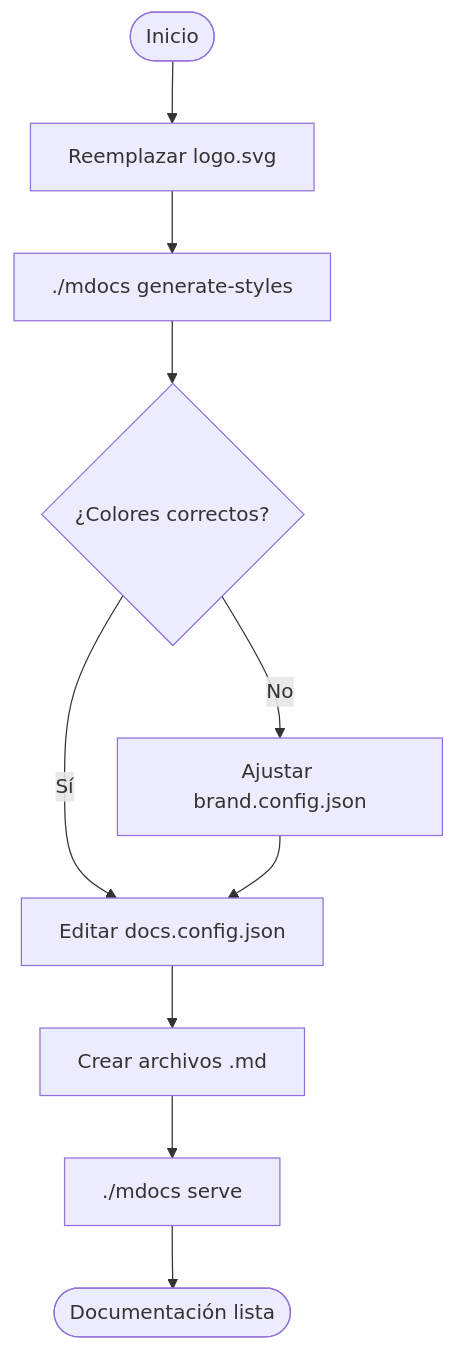
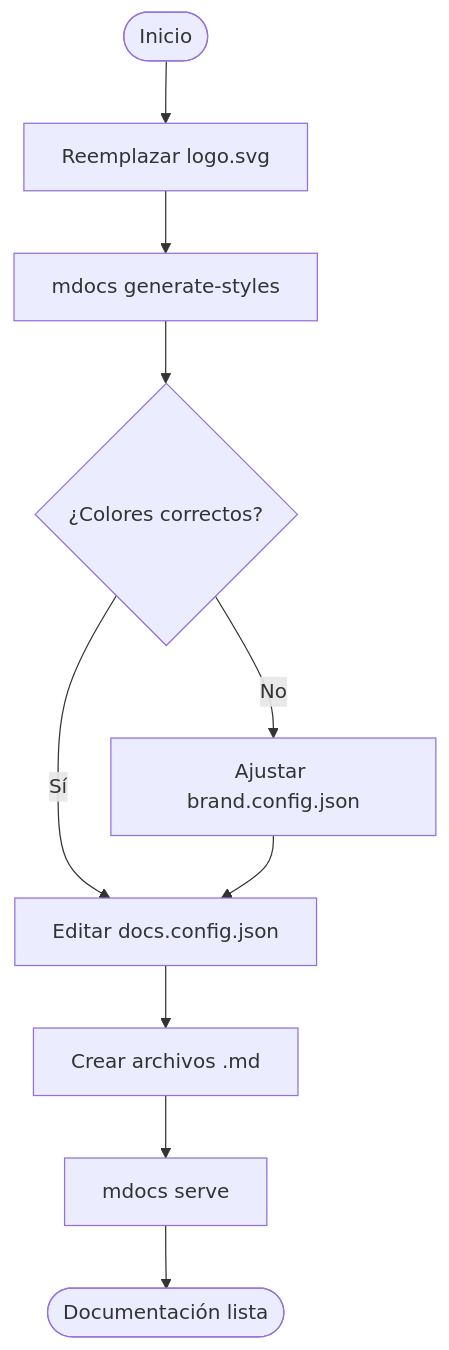
Before and after one commit to cristianino/md-docs-viewer: the first of 2 diagrams in docs/03-referencia.md, drawn with Mermaid. The commit also changed other lines of this file and 3 other files, not shown here.

````diff
--- a/docs/03-referencia.md
+++ b/docs/03-referencia.md
@@ -11,12 +11,12 @@
 ```mermaid
 flowchart TD
     A([Inicio]) --> B[Reemplazar logo.svg]
-    B --> C[./mdocs generate-styles]
+    B --> C[mdocs generate-styles]
     C --> D{¿Colores correctos?}
     D -- Sí --> E[Editar docs.config.json]
     D -- No --> F[Ajustar brand.config.json]
     F --> E
     E --> G[Crear archivos .md]
-    G --> H[./mdocs serve]
+    G --> H[mdocs serve]
     H --> I([Documentación lista])
 ```
````
